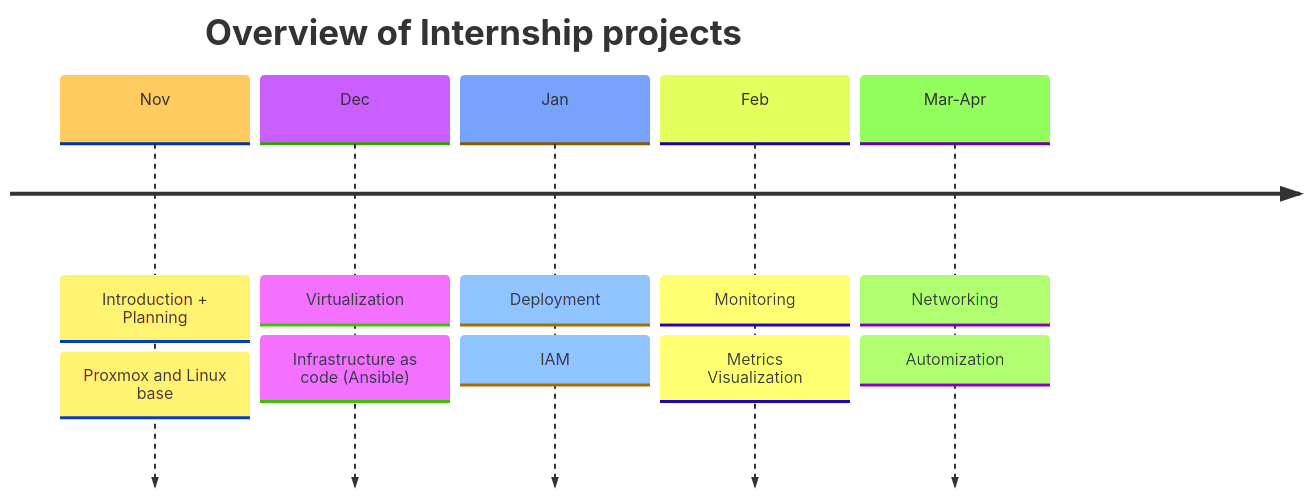
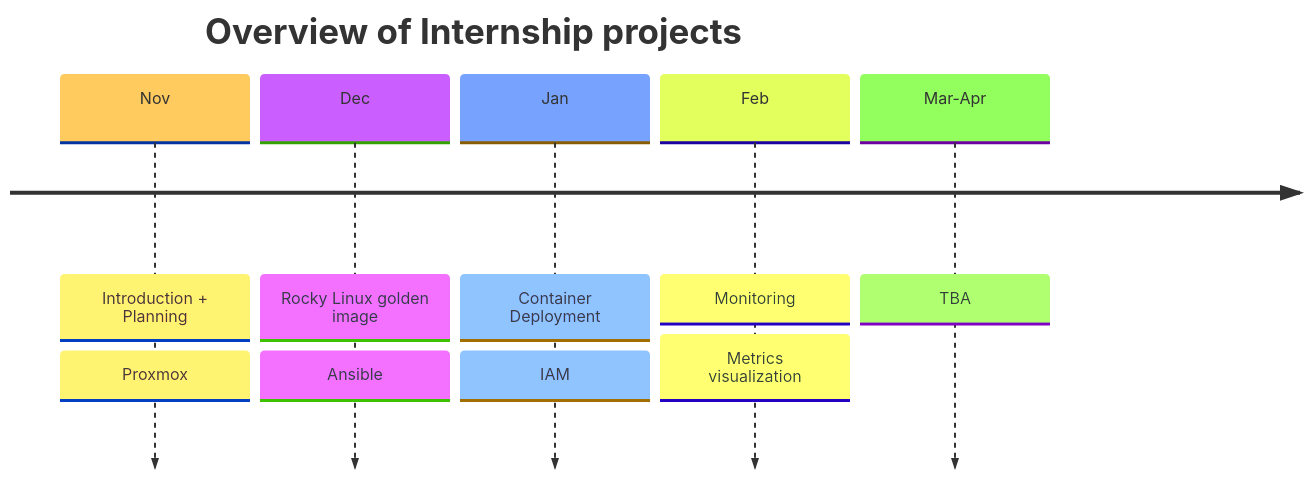
The diagram in Extra/Mermaid/projects.md (JonatanHogild/FreeIPA_for_virtual_environment), drawn with Mermaid before and after one commit.

````diff
--- a/Extra/Mermaid/projects.md
+++ b/Extra/Mermaid/projects.md
@@ -1,14 +1,13 @@
 ```mermaid
 %%{init: { 'logLevel': 'debug', 'theme': 'base' } }%%
 timeline
     title Overview of Internship projects
     Nov : Introduction + Planning
-        : Proxmox and Linux base
-    Dec : Virtualization : Infrastructure as code (Ansible)
-    Jan : Deployment
+        : Proxmox
+    Dec : Rocky Linux golden image : Ansible
+    Jan : Container Deployment
          : IAM
-    Feb : Monitoring : Metrics Visualization
-    Mar-Apr : Networking
-        : Automization
-    
+    Feb : Monitoring : Metrics visualization
+    Mar-Apr : TBA
+
 ```
````
